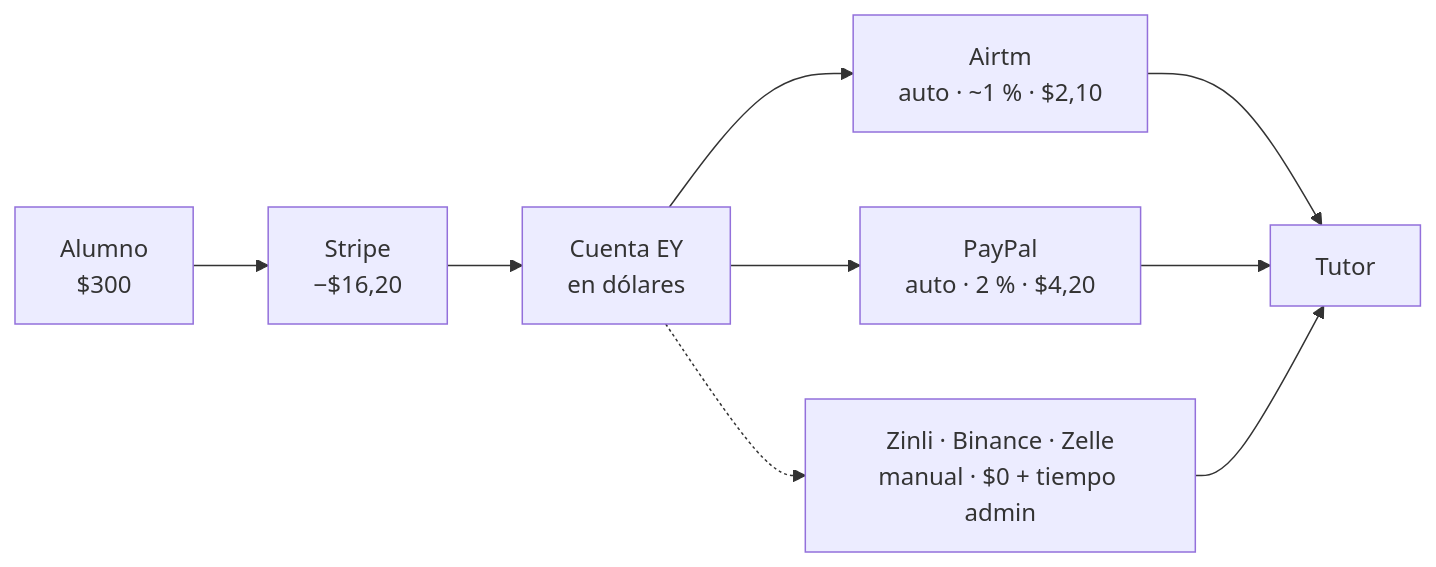
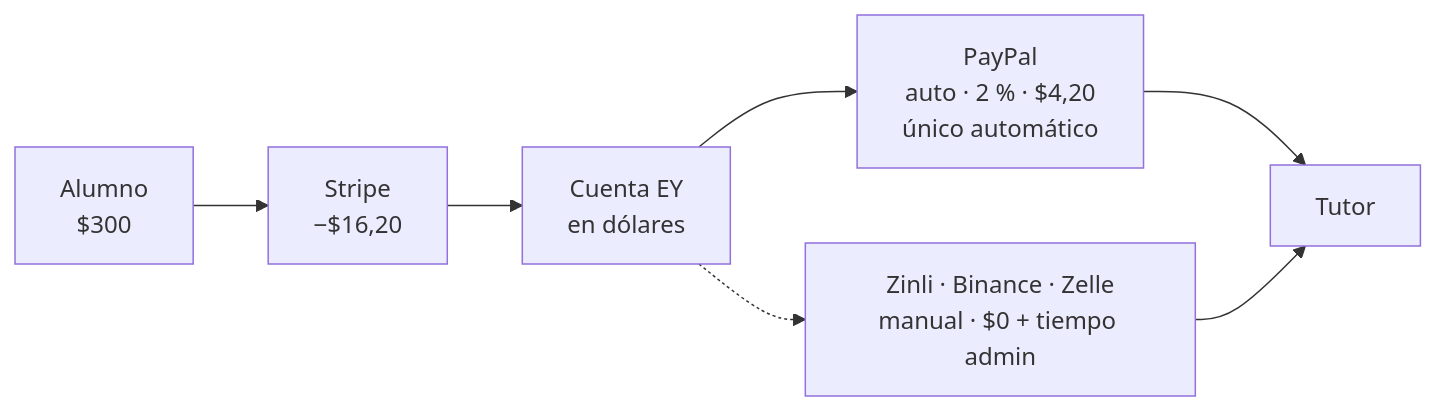
One commit to emiliofaimlab/ensenameya changed the second of 4 diagrams in docs/PAGOS-Y-PAYOUTS.md. Above: the diagram before and after it, drawn with Mermaid. The commit also changed other lines of this file and 2 other files, not shown here.

First line of the commit message:
feat(pagos): Airtm fuera del ruteo; Wise y PayPal dejan de esperar cuenta

````diff
--- a/docs/PAGOS-Y-PAYOUTS.md
+++ b/docs/PAGOS-Y-PAYOUTS.md
@@ -131,11 +136,9 @@
 ```mermaid
 flowchart LR
   A["Alumno<br/>$300"] --> S["Stripe<br/>−$16,20"]
   S --> C["Cuenta EY<br/>en dólares"]
-  C --> AT["Airtm<br/>auto · ~1 % · $2,10"]
-  C --> PP["PayPal<br/>auto · 2 % · $4,20"]
+  C --> PP["PayPal<br/>auto · 2 % · $4,20<br/>único automático"]
   C -.-> MN["Zinli · Binance · Zelle<br/>manual · $0 + tiempo admin"]
-  AT --> T["Tutor"]
-  PP --> T
+  PP --> T["Tutor"]
   MN --> T
 ```
````
